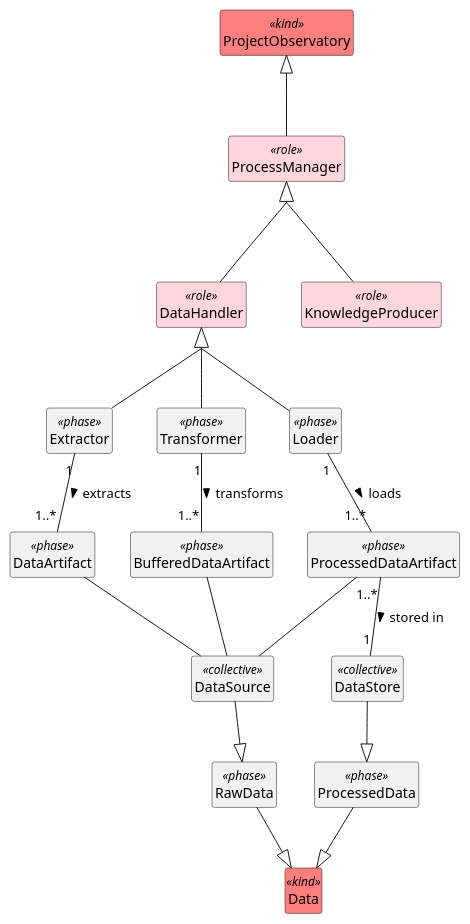
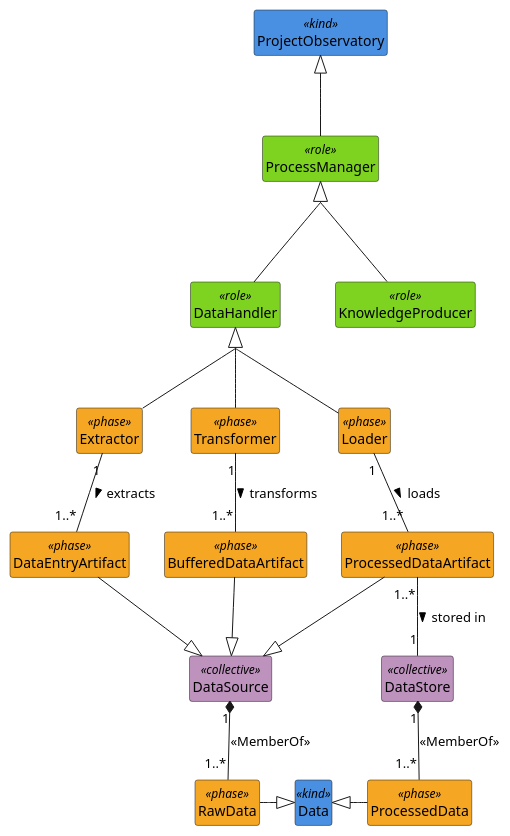
Before and after one commit to kvojps/onto-mpo: the diagram in processes/dataHandler.puml, drawn with PlantUML.

Commit message:
[feat]: finish data handler layer

```diff
--- a/processes/dataHandler.puml
+++ b/processes/dataHandler.puml
@@ -1,51 +1,53 @@
 @startuml DataHandler
 skinparam groupInheritance 2
 hide <<kind>> circle
 hide <<phase>> circle
 hide <<role>> circle
 hide <<collective>> circle
 hide members
 hide methods
 
-class ProjectObservatory<<kind>> #FF7F7F {}
-class ProcessManager <<role>> #FFD6DD {}
-class DataHandler <<role>> #FFD6DD {}
-class KnowledgeProducer <<role>> #FFD6DD {}
+class ProjectObservatory<<kind>> #4A90E2 {}
+class ProcessManager <<role>> #7ED321 {}
+class DataHandler <<role>> #7ED321 {}
+class KnowledgeProducer <<role>> #7ED321 {}
 
 ProjectObservatory <|-- ProcessManager
 ProcessManager <|-- DataHandler
 ProcessManager <|-- KnowledgeProducer
 
-class Extractor <<phase>> {}
-class Transformer <<phase>> {}
-class Loader <<phase>> {}
+class Extractor <<phase>> #F5A623 {}
+class Transformer <<phase>> #F5A623 {}
+class Loader <<phase>> #F5A623 {}
 
 DataHandler <|-- Extractor
 DataHandler <|-- Transformer
 DataHandler <|-- Loader
 
-class Data <<kind>> #FF7F7F {}
-class RawData <<phase>> {}
-class ProcessedData <<phase>> {}
-class DataSource <<collective>> {}
-class DataStore <<collective>> {}
+class Data <<kind>> #4A90E2 {}
+class RawData <<phase>> #F5A623 {}
+class ProcessedData <<phase>> #F5A623 {}
 
-RawData --|> Data
-ProcessedData --|> Data
-DataSource --|> RawData
-DataStore --|> ProcessedData
+Data <|-left- RawData
+Data <|-right- ProcessedData
 
-class DataArtifact<<phase>> {}
-class BufferedDataArtifact<<phase>> {}
-class ProcessedDataArtifact<<phase>> {}
+class DataSource <<collective>> #BD93BD {}
+class DataStore <<collective>> #BD93BD {}
 
-DataArtifact -- DataSource
-BufferedDataArtifact-- DataSource
-ProcessedDataArtifact -- DataSource
+DataSource "1" *-- "1..*" RawData : <<MemberOf>>
+DataStore "1" *-- "1..*" ProcessedData : <<MemberOf>>
 
-Extractor "1" -- "1..*" DataArtifact : extracts >
+class DataEntryArtifact<<phase>> #F5A623 {}
+class BufferedDataArtifact<<phase>> #F5A623 {}
+class ProcessedDataArtifact<<phase>> #F5A623 {}
+
+DataSource <|-up- DataEntryArtifact
+DataSource <|-up- BufferedDataArtifact
+DataSource <|-up- ProcessedDataArtifact
+
+Extractor "1" -- "1..*" DataEntryArtifact : extracts >
 Transformer "1" -- "1..*" BufferedDataArtifact : transforms >
 Loader "1" -- "1..*" ProcessedDataArtifact : loads >
 ProcessedDataArtifact "1..*" -- "1" DataStore : stored in >
 
 @enduml
```
